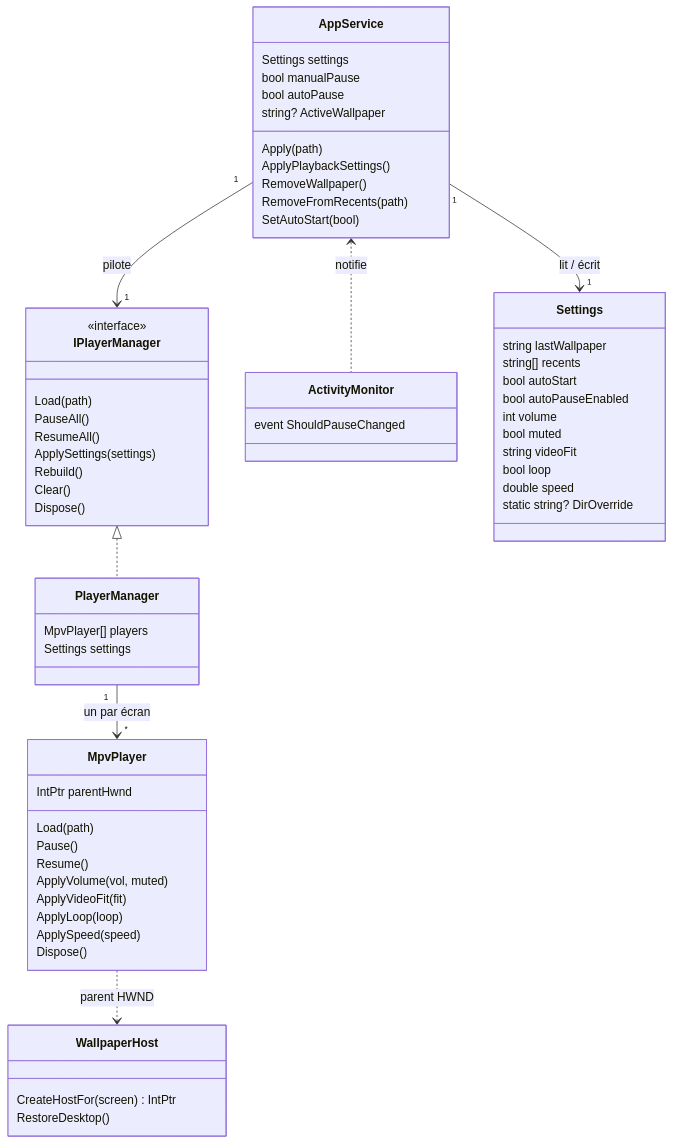
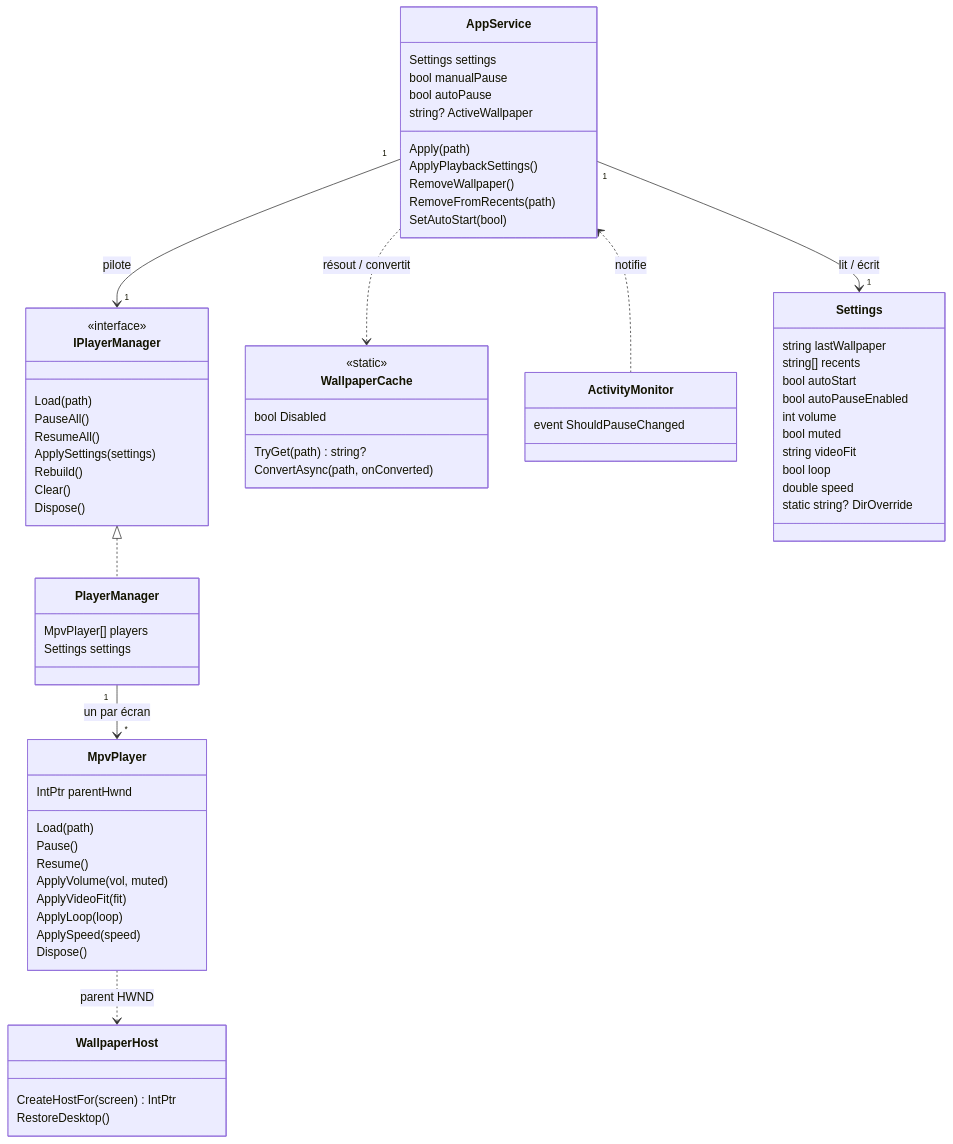
Before and after one commit to KevinT78/wallflow: the first of 5 diagrams in docs/ARCHITECTURE-TECHNIQUE.md, drawn with Mermaid. The commit also changed other lines of this file and 2 other files, not shown here.

````diff
--- a/docs/ARCHITECTURE-TECHNIQUE.md
+++ b/docs/ARCHITECTURE-TECHNIQUE.md
@@ -33,64 +34,71 @@
 ```mermaid
 classDiagram
     class IPlayerManager {
         <<interface>>
         Load(path)
         PauseAll()
         ResumeAll()
         ApplySettings(settings)
         Rebuild()
         Clear()
         Dispose()
     }
     class AppService {
         Settings settings
         bool manualPause
         bool autoPause
         string? ActiveWallpaper
         Apply(path)
         ApplyPlaybackSettings()
         RemoveWallpaper()
         RemoveFromRecents(path)
         SetAutoStart(bool)
     }
     class PlayerManager {
         MpvPlayer[] players
         Settings settings
     }
     class MpvPlayer {
         IntPtr parentHwnd
         Load(path)
         Pause()
         Resume()
         ApplyVolume(vol, muted)
         ApplyVideoFit(fit)
         ApplyLoop(loop)
         ApplySpeed(speed)
         Dispose()
     }
     class WallpaperHost {
         CreateHostFor(screen) IntPtr
         RestoreDesktop()
     }
+    class WallpaperCache {
+        <<static>>
+        bool Disabled
+        TryGet(path) string?
+        ConvertAsync(path, onConverted)
+    }
     class ActivityMonitor {
         event ShouldPauseChanged
     }
     class Settings {
         string lastWallpaper
         string[] recents
         bool autoStart
         bool autoPauseEnabled
         int volume
         bool muted
         string videoFit
         bool loop
         double speed
         static string? DirOverride
     }
     IPlayerManager <|.. PlayerManager
     AppService "1" --> "1" IPlayerManager : pilote
     AppService "1" --> "1" Settings : lit / écrit
     AppService <.. ActivityMonitor : notifie
+    AppService ..> WallpaperCache : résout / convertit
     PlayerManager "1" --> "*" MpvPlayer : un par écran
     MpvPlayer ..> WallpaperHost : parent HWND
 ```
````
